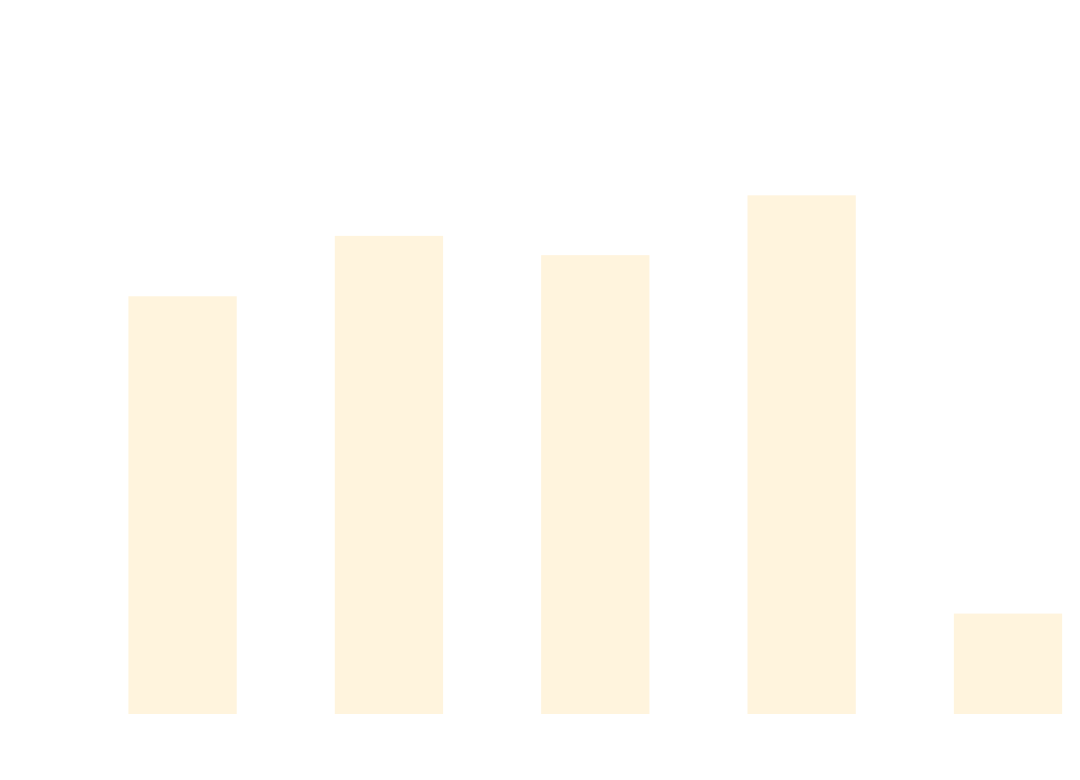
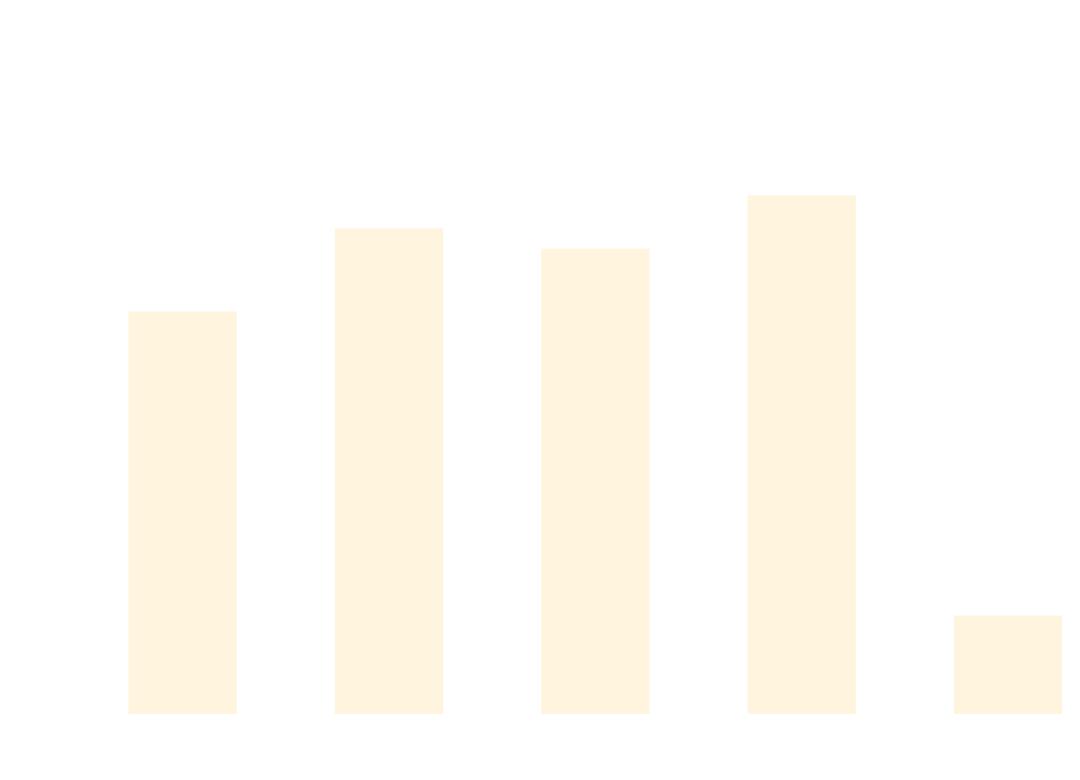
Before and after one commit to thomhurst/TUnit: the diagram in docs/docs/benchmarks/AsyncTests.md, drawn with Mermaid. The commit also changed other lines of this file and 46 other files, not shown here.

````diff
--- a/docs/docs/benchmarks/AsyncTests.md
+++ b/docs/docs/benchmarks/AsyncTests.md
@@ -27,37 +27,37 @@
 ```mermaid
 %%{init: {
   'theme':'base',
   'themeVariables': {
     'primaryColor': '#2563eb',
     'primaryTextColor': '#ffffff',
     'primaryBorderColor': '#1e40af',
     'lineColor': '#6b7280',
     'secondaryColor': '#7c3aed',
     'tertiaryColor': '#dc2626',
     'background': '#ffffff',
     'mainBkg': '#2563eb',
     'secondBkg': '#7c3aed',
     'tertiaryBkg': '#dc2626',
     'clusterBkg': '#f3f4f6',
     'edgeLabelBackground': '#ffffff',
     'tertiaryTextColor': '#1f2937',
     'pie1': '#2563eb',
     'pie2': '#7c3aed',
     'pie3': '#dc2626',
     'pie4': '#f59e0b',
     'pie5': '#10b981',
     'pie6': '#06b6d4',
     'pie7': '#ec4899',
     'pie8': '#6366f1',
     'pie9': '#84cc16',
     'pie10': '#f97316',
     'pie11': '#14b8a6',
     'pie12': '#a855f7'
   }
 }}%%
 xychart-beta
   title "AsyncTests Performance Comparison"
   x-axis ["TUnit", "NUnit", "MSTest", "xUnit3", "TUnit_AOT"]
-  y-axis "Time (ms)" 0 --> 860
-  bar [573.3, 658.8, 631.5, 716.2, 124.1]
+  y-axis "Time (ms)" 0 --> 884
+  bar [567.1, 688.2, 658.5, 736.1, 124.7]
 ```
````
